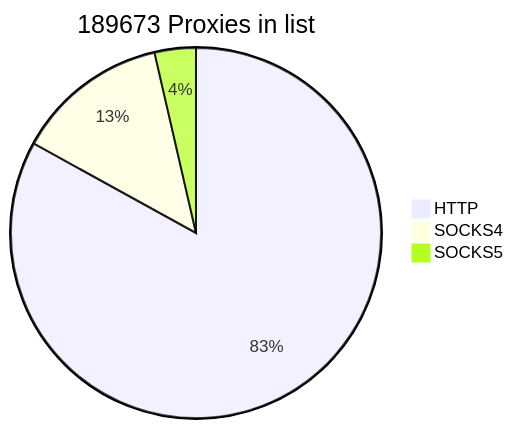
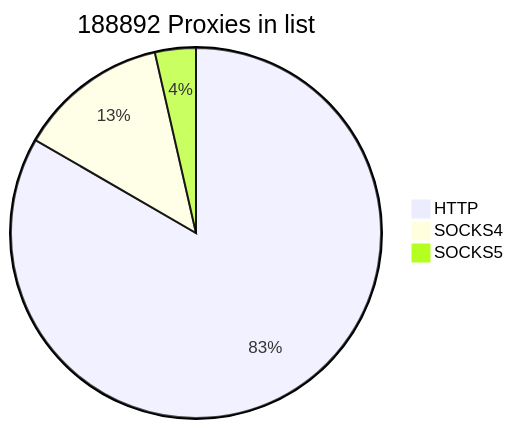
Before and after one commit to cutipu/proxylist: the first of 2 diagrams in README.md, drawn with Mermaid. The commit also changed other lines of this file, not shown here.

````diff
--- a/README.md
+++ b/README.md
@@ -2,7 +2,7 @@
 ```mermaid
-pie title 189673 Proxies in list
-    "HTTP" : 157467
-    "SOCKS4" : 25378
-    "SOCKS5" : 6828
+pie title 188892 Proxies in list
+    "HTTP" : 157444
+    "SOCKS4" : 24707
+    "SOCKS5" : 6741
             
 ```
````
